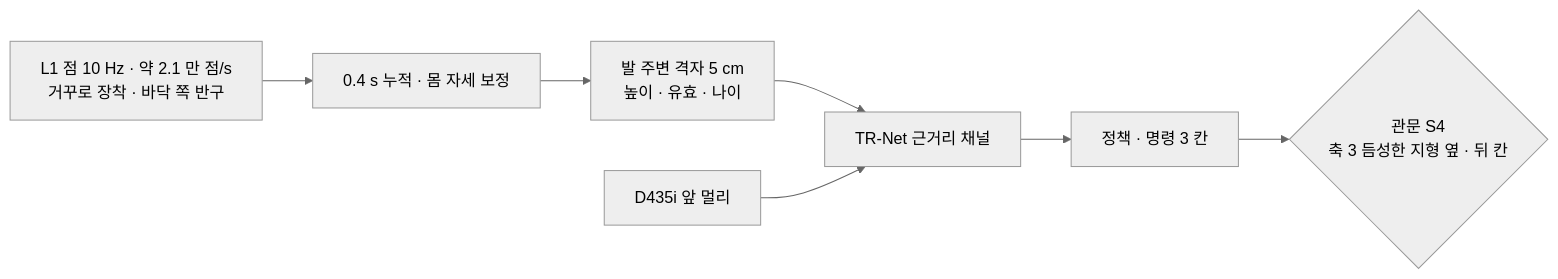
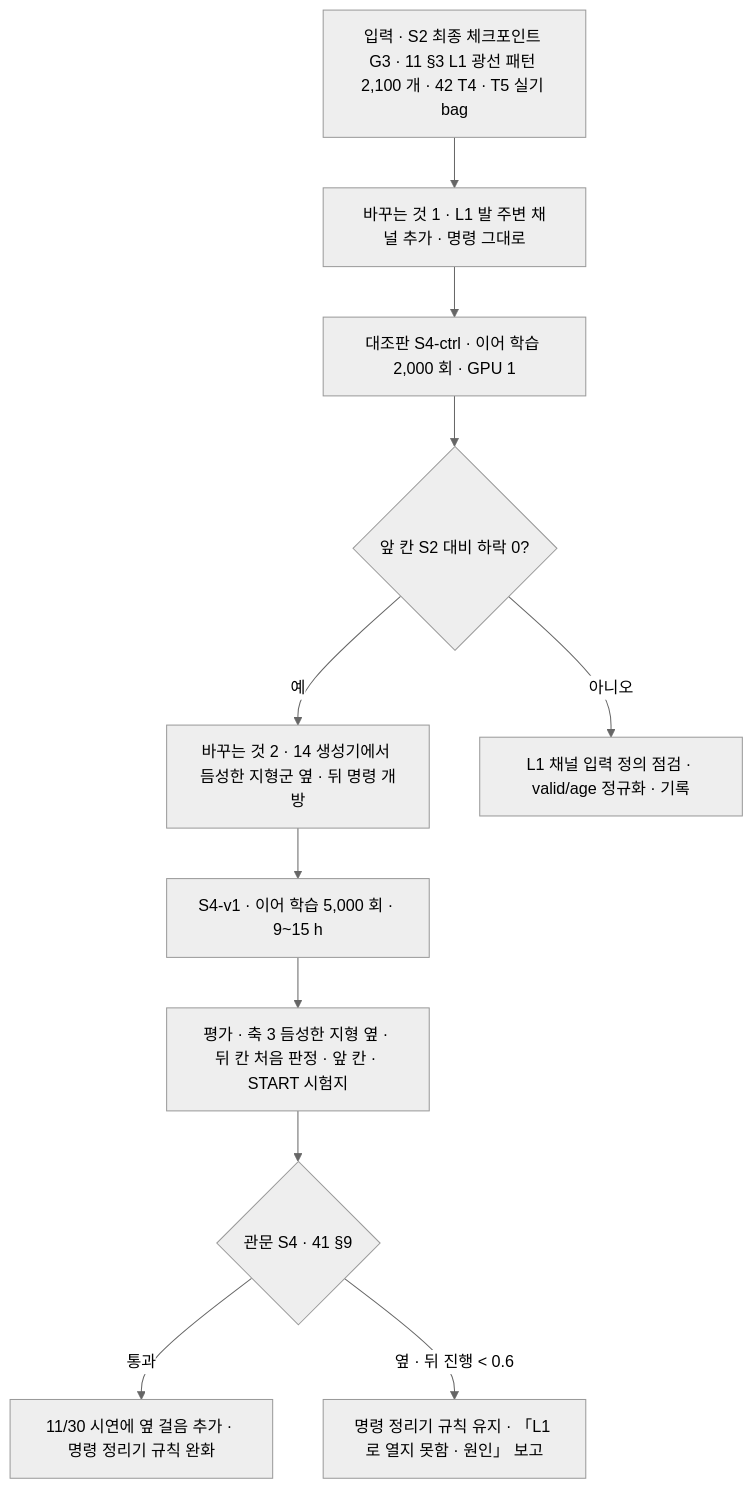
One commit to foothold-project/foothold-lab changed the diagram in inbox/jay/20261019-design/55-S4-L1.md. Above: the diagram before and after it, drawn with Mermaid (neutral theme). The commit also changed other lines of this file and 25 other files, not shown here.

````diff
--- a/inbox/jay/20261019-design/55-S4-L1.md
+++ b/inbox/jay/20261019-design/55-S4-L1.md
@@ -9,9 +15,13 @@
 ```mermaid
-flowchart LR
-  L1[L1 점 10 Hz · 약 2.1 만 점/s<br/>거꾸로 장착 · 바닥 쪽 반구] --> ACC[0.4 s 누적 · 몸 자세 보정]
-  ACC --> GRID[발 주변 격자 5 cm<br/>높이 · 유효 · 나이]
-  GRID --> FUSE[TR-Net 근거리 채널]
-  D435[D435i 앞 멀리] --> FUSE
-  FUSE --> POL[정책 · 명령 3 칸]
-  POL --> EV{관문 S4<br/>축 3 듬성한 지형 옆 · 뒤 칸}
+flowchart TB
+  IN[입력 · S2 최종 체크포인트 G3 · 11 §3 L1 광선 패턴 2,100 개 · 42 T4 · T5 실기 bag] --> CH1[바꾸는 것 1 · L1 발 주변 채널 추가 · 명령 그대로]
+  CH1 --> C0[대조판 S4-ctrl · 이어 학습 2,000 회 · GPU 1]
+  C0 --> GC{앞 칸 S2 대비 하락 0?}
+  GC -->|예| CH2[바꾸는 것 2 · 14 생성기에서 듬성한 지형군 옆 · 뒤 명령 개방]
+  GC -->|아니오| X1[L1 채널 입력 정의 점검 · valid/age 정규화 · 기록]
+  CH2 --> T[S4-v1 · 이어 학습 5,000 회 · 9~15 h]
+  T --> EV[평가 · 축 3 듬성한 지형 옆 · 뒤 칸 처음 판정 · 앞 칸 · START 시험지]
+  EV --> G{관문 S4 · 41 §9}
+  G -->|통과| D[11/30 시연에 옆 걸음 추가 · 명령 정리기 규칙 완화]
+  G -->|옆 · 뒤 진행 < 0.6| K[명령 정리기 규칙 유지 · 「L1 로 열지 못함 · 원인」 보고]
 ```
````
